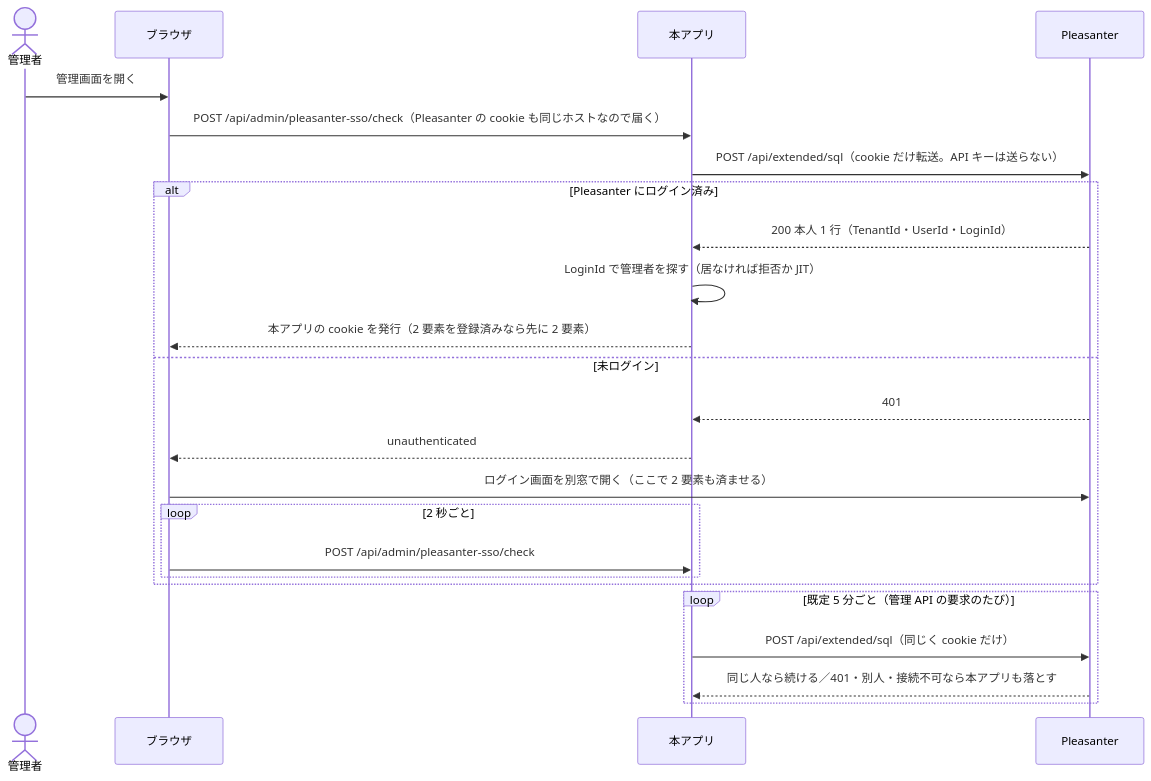
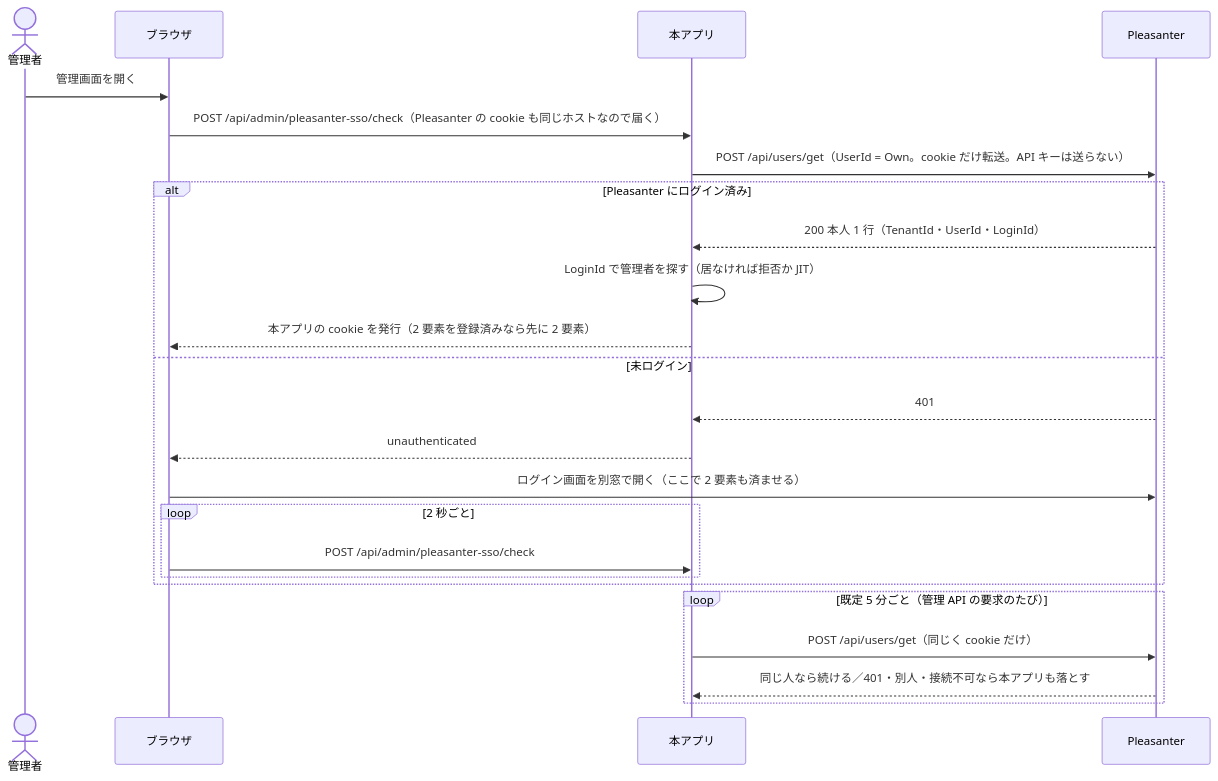
One commit to vehiclevisionjp/VehicleVision.PleasanterTools.Questionnaire changed the diagram in _documents/Pleasanter-SSO-運用手順書.md. Above: the diagram before and after it, drawn with Mermaid. The commit also changed other lines of this file and 2 other files, not shown here.

First line of the commit message:
Pleasanter SSO の手順書を標準の API を主にした形へ書き直す

````diff
--- a/_documents/Pleasanter-SSO-運用手順書.md
+++ b/_documents/Pleasanter-SSO-運用手順書.md
@@ -45,27 +58,27 @@
 ```mermaid
 sequenceDiagram
     actor 管理者
     participant B as ブラウザ
     participant Q as 本アプリ
     participant P as Pleasanter
 
     管理者->>B: 管理画面を開く
     B->>Q: POST /api/admin/pleasanter-sso/check（Pleasanter の cookie も同じホストなので届く）
-    Q->>P: POST /api/extended/sql（cookie だけ転送。API キーは送らない）
+    Q->>P: POST /api/users/get（UserId = Own。cookie だけ転送。API キーは送らない）
     alt Pleasanter にログイン済み
         P-->>Q: 200 本人 1 行（TenantId・UserId・LoginId）
         Q->>Q: LoginId で管理者を探す（居なければ拒否か JIT）
         Q-->>B: 本アプリの cookie を発行（2 要素を登録済みなら先に 2 要素）
     else 未ログイン
         P-->>Q: 401
         Q-->>B: unauthenticated
         B->>P: ログイン画面を別窓で開く（ここで 2 要素も済ませる）
         loop 2 秒ごと
             B->>Q: POST /api/admin/pleasanter-sso/check
         end
     end
     loop 既定 5 分ごと（管理 API の要求のたび）
-        Q->>P: POST /api/extended/sql（同じく cookie だけ）
+        Q->>P: POST /api/users/get（同じく cookie だけ）
         P-->>Q: 同じ人なら続ける／401・別人・接続不可なら本アプリも落とす
     end
 ```
````
